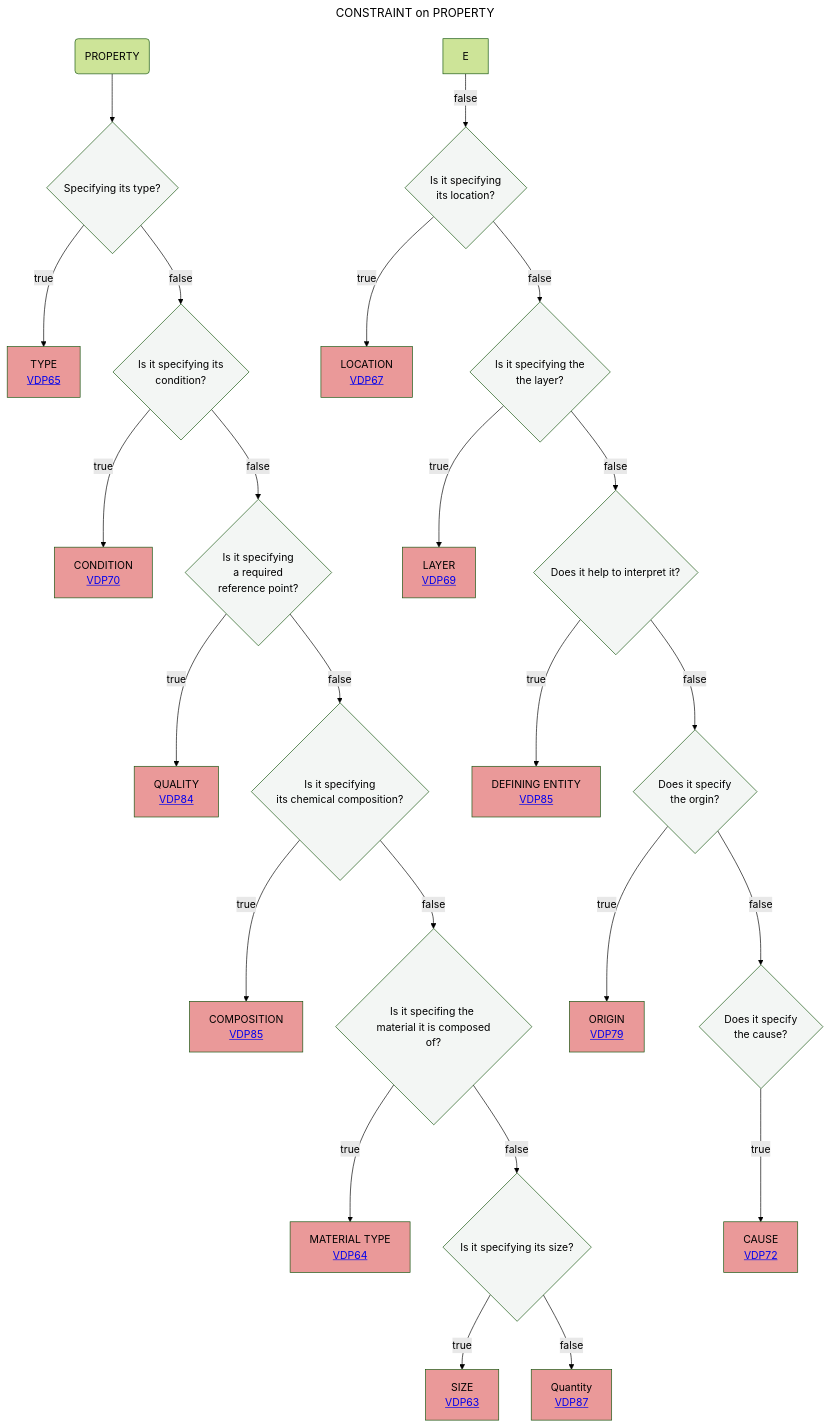
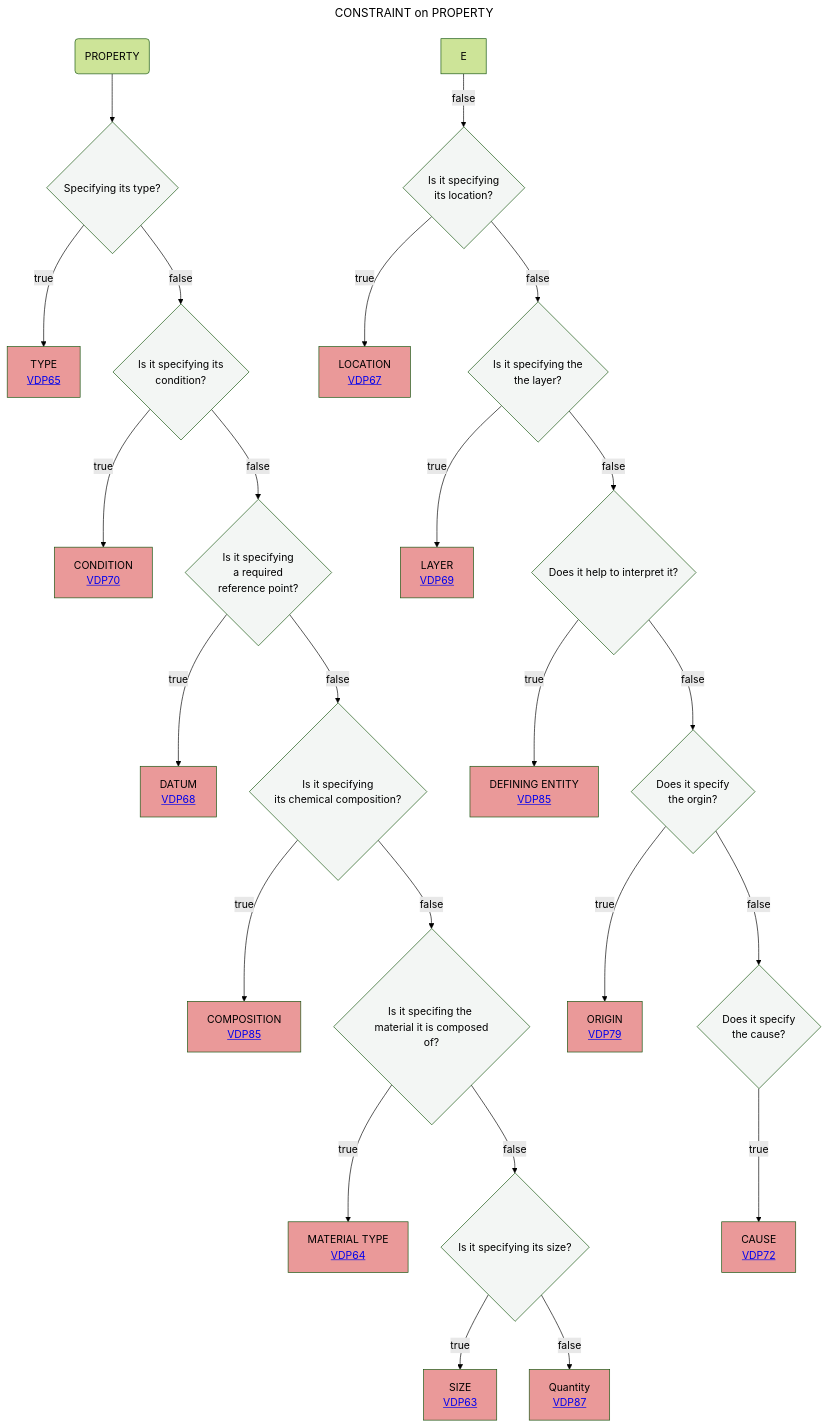
The diagram in Decisition_trees/DT9.mmd (mabablue/I-ADOPT-patterns-playground), drawn with Mermaid (forest theme) before and after one commit.

```diff
--- a/Decisition_trees/DT9.mmd
+++ b/Decisition_trees/DT9.mmd
@@ -1,32 +1,32 @@
 ---
 title: CONSTRAINT on PROPERTY
 ---
 flowchart TD
     A(PROPERTY)  --> B{Specifying its type?}:::white
     B --> |true|C[TYPE <br> <a href='https://github.com/mabablue/I-ADOPT-patterns-playground/blob/main/pattern/VDP65.yaml'>VDP65</a>]:::rose
     B --> |false|G{Is it specifying its <br> condition?}:::white
     E --> |false|R{Is it specifying <br> its location?}:::white
     G --> |true|H[CONDITION <br> <a href='https://github.com/mabablue/I-ADOPT-patterns-playground/blob/main/pattern/VDP70.yaml'>VDP70</a>]:::rose
     G --> |false|I{Is it specifying <br> a required <br> reference point?}:::white
-    I --> |true|K[QUALITY <br> <a href='https://github.com/mabablue/I-ADOPT-patterns-playground/blob/main/pattern/VDP84.yaml'>VDP84</a>]:::rose
+    I --> |true|K[DATUM <br> <a href='https://github.com/mabablue/I-ADOPT-patterns-playground/blob/main/pattern/VDP68.yaml'>VDP68</a>]:::rose
     I --> |false|L{Is it specifying <br> its chemical composition?}:::white
     L --> |true|M[COMPOSITION <br> <a href='https://github.com/mabablue/I-ADOPT-patterns-playground/blob/main/pattern/VDP85.yaml'>VDP85</a>]:::rose
     L --> |false|N{Is it specifing the <br> material it is composed of?}:::white
     N --> |true|O[MATERIAL TYPE <br> <a href='https://github.com/mabablue/I-ADOPT-patterns-playground/blob/main/pattern/VDP64.yaml'>VDP64</a>]:::rose
     N --> |false|P{Is it specifying its size?}:::white
     P --> |true|Q[SIZE <br> <a href='https://github.com/mabablue/I-ADOPT-patterns-playground/blob/main/pattern/VDP63.yaml'>VDP63</a>]:::rose
     P --> |false|QR[Quantity <br> <a href='https://github.com/mabablue/I-ADOPT-patterns-playground/blob/main/pattern/VDP87.yaml'>VDP87</a>]:::rose 
     R --> |true|S[LOCATION <br> <a href='https://github.com/mabablue/I-ADOPT-patterns-playground/blob/main/pattern/VDP67.yaml'>VDP67</a>]:::rose 
     R --> |false|T{Is it specifying the <br> the layer?}:::white
     T --> |true|U[LAYER <br> <a href='https://github.com/mabablue/I-ADOPT-patterns-playground/blob/main/pattern/VDP69.yaml'>VDP69</a>]:::rose
     T --> |false|V{Does it help to interpret it?}:::white
     V --> |true|W[DEFINING ENTITY <br> <a href='https://github.com/mabablue/I-ADOPT-patterns-playground/blob/main/pattern/VDP85.yaml'>VDP85</a>]:::rose
     V --> |false|VW{Does it specify <br> the orgin?}:::white
     VW --> |true|WV[ORIGIN <br> <a href='https://github.com/mabablue/I-ADOPT-patterns-playground/blob/main/pattern/VDP79.yaml'>VDP79</a>]:::rose
     VW --> |false|X{Does it specify <br> the cause?}:::white
     X --> |true|Y[CAUSE <br> <a href='https://github.com/mabablue/I-ADOPT-patterns-playground/blob/main/pattern/VDP72.yaml'>VDP72</a>]:::rose
    classDef blue fill:#90D5FF
    classDef satblue fill:#57B9FF 
    classDef white fill:#f3f6f4
    classDef green fill:#6aa84f
    classDef rose fill:#ea9999
```
